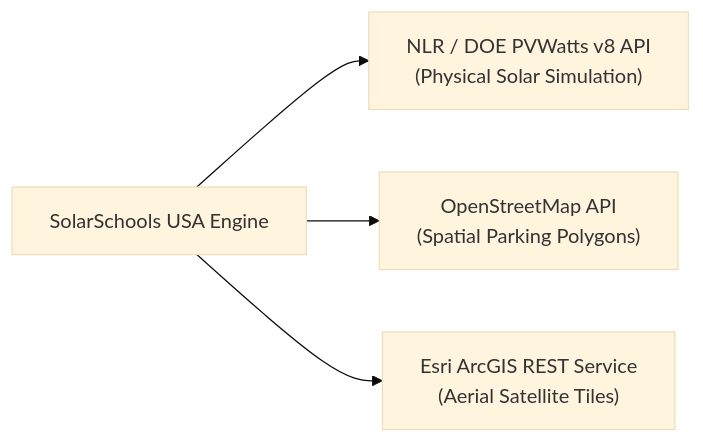
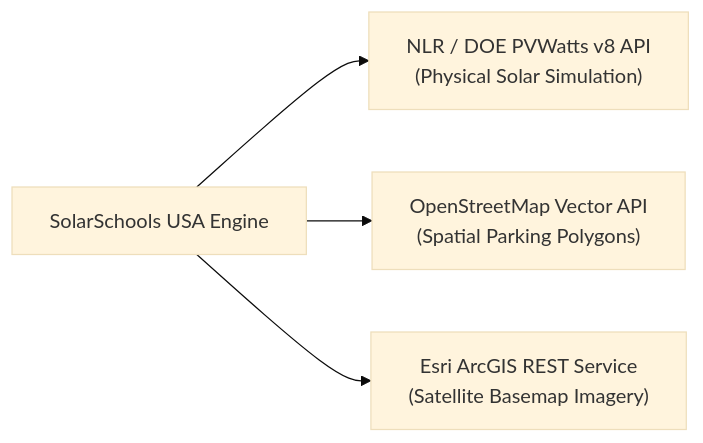
The second of 3 diagrams in DetailedDesignDocument.md (pranav-balaji/svyca2026), drawn with Mermaid (base theme) before and after one commit. The commit also changed other lines of this file and 3 other files, not shown here.

````diff
--- a/DetailedDesignDocument.md
+++ b/DetailedDesignDocument.md
@@ -85,6 +84,6 @@
 ```mermaid
 flowchart LR
-    App["SolarSchools USA Engine"] --> API1["NLR / DOE PVWatts v8 API<br/>(Physical Solar Simulation)"]
-    App --> API2["OpenStreetMap API<br/>(Spatial Parking Polygons)"]
-    App --> API3["Esri ArcGIS REST Service<br/>(Aerial Satellite Tiles)"]
+    Engine["SolarSchools USA Engine"] --> API1["NLR / DOE PVWatts v8 API<br/>(Physical Solar Simulation)"]
+    Engine --> API2["OpenStreetMap Vector API<br/>(Spatial Parking Polygons)"]
+    Engine --> API3["Esri ArcGIS REST Service<br/>(Satellite Basemap Imagery)"]
 ```
````
